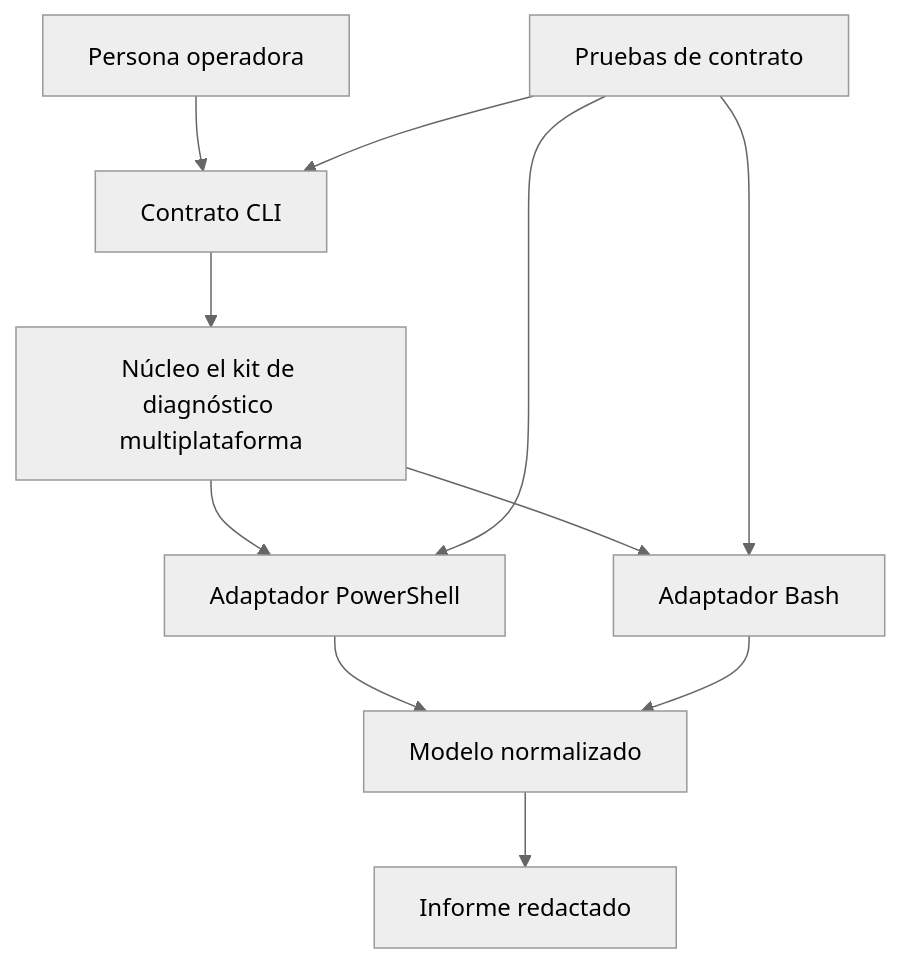
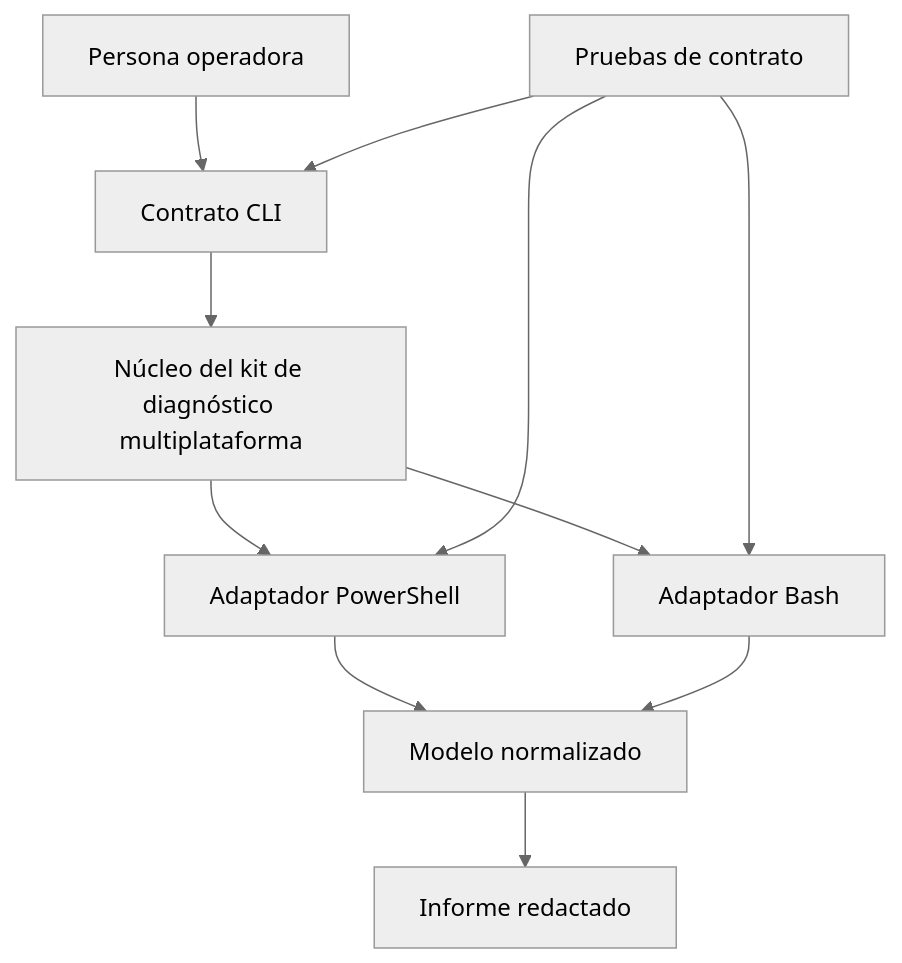
Before and after one commit to vladimiracunadev-create/modern-software-engineering-program: the first of 2 diagrams in classes/part-02-sistemas-operativos-terminal-y-automatizacion-base/se-036-proyecto-kit-de-diagnostico-multiplataforma/README.md, drawn with Mermaid (neutral theme). The commit also changed other lines of this file and 158 other files, not shown here.

````diff
--- a/classes/part-02-sistemas-operativos-terminal-y-automatizacion-base/se-036-proyecto-kit-de-diagnostico-multiplataforma/README.md
+++ b/classes/part-02-sistemas-operativos-terminal-y-automatizacion-base/se-036-proyecto-kit-de-diagnostico-multiplataforma/README.md
@@ -60,13 +60,13 @@
 ```mermaid
 flowchart TB
  U[Persona operadora] --> CLI[Contrato CLI]
- CLI --> C[Núcleo el kit de diagnóstico multiplataforma]
+ CLI --> C[Núcleo del kit de diagnóstico multiplataforma]
  C --> P[Adaptador PowerShell]
  C --> B[Adaptador Bash]
  P --> N[Modelo normalizado]
  B --> N
  N --> R[Informe redactado]
  T[Pruebas de contrato] --> CLI
  T --> P
  T --> B
 ```
````
